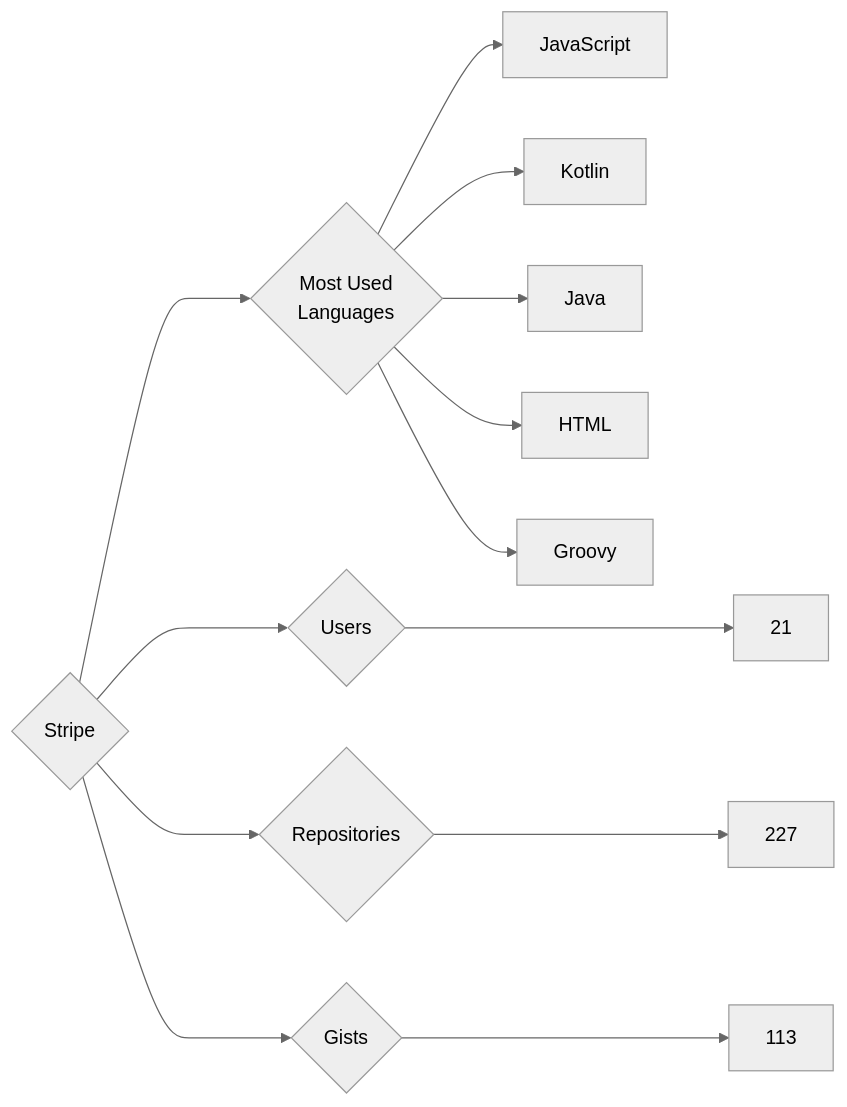
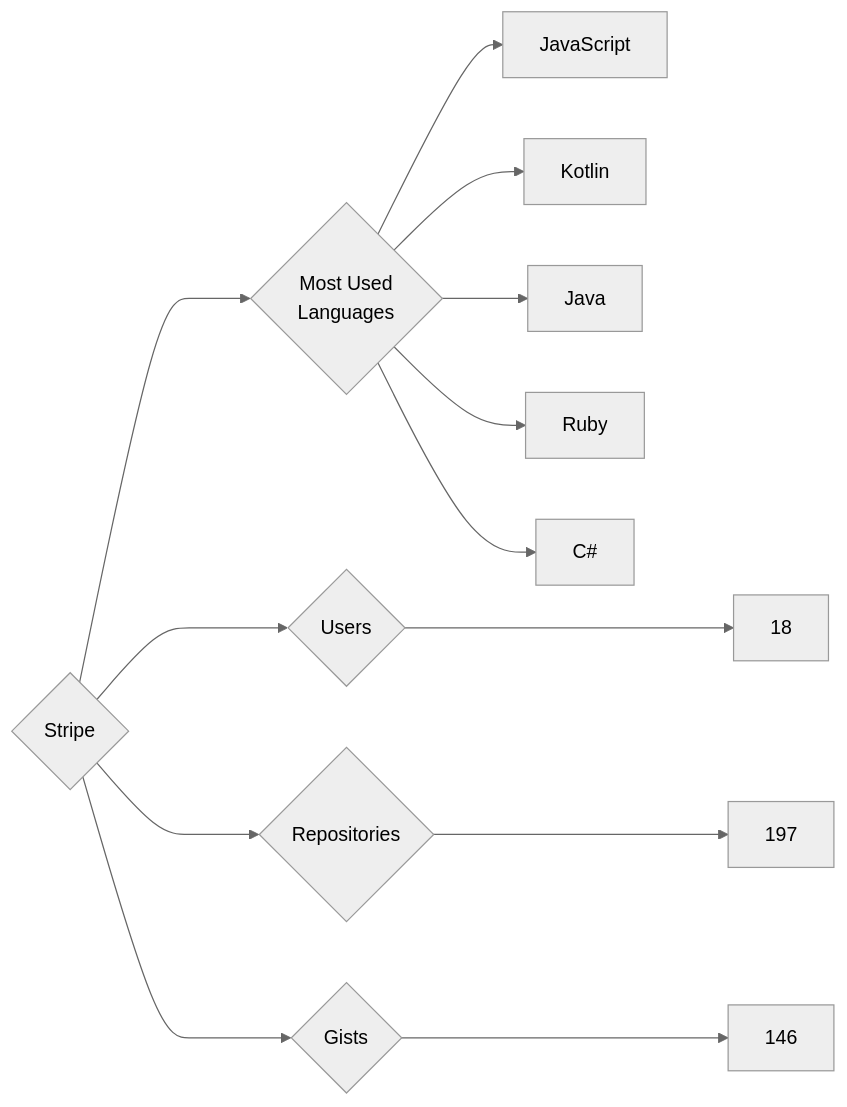
One commit to trickest/insiders changed the diagram in targets/Stripe/README.md. Above: the diagram before and after it, drawn with Mermaid (neutral theme). The commit also changed 799 other files, not shown here.

````diff
--- a/targets/Stripe/README.md
+++ b/targets/Stripe/README.md
@@ -3,13 +3,13 @@
 ```mermaid
 graph LR
 COMPANY_NAME{Stripe}
-COMPANY_NAME ---> U{Users} ---> UN[21]
-COMPANY_NAME ---> R{Repositories} ---> RN[227]
-COMPANY_NAME ---> G{Gists} ---> GN[113]
+COMPANY_NAME ---> U{Users} ---> UN[18]
+COMPANY_NAME ---> R{Repositories} ---> RN[197]
+COMPANY_NAME ---> G{Gists} ---> GN[146]
 COMPANY_NAME ---> ML{Most Used<br>Languages}
 ML --> JavaScript[JavaScript]
 ML --> Kotlin[Kotlin]
 ML --> Java[Java]
-ML --> HTML[HTML]
-ML --> Groovy[Groovy]
+ML --> Ruby[Ruby]
+ML --> C#[C#]
 ```
````
